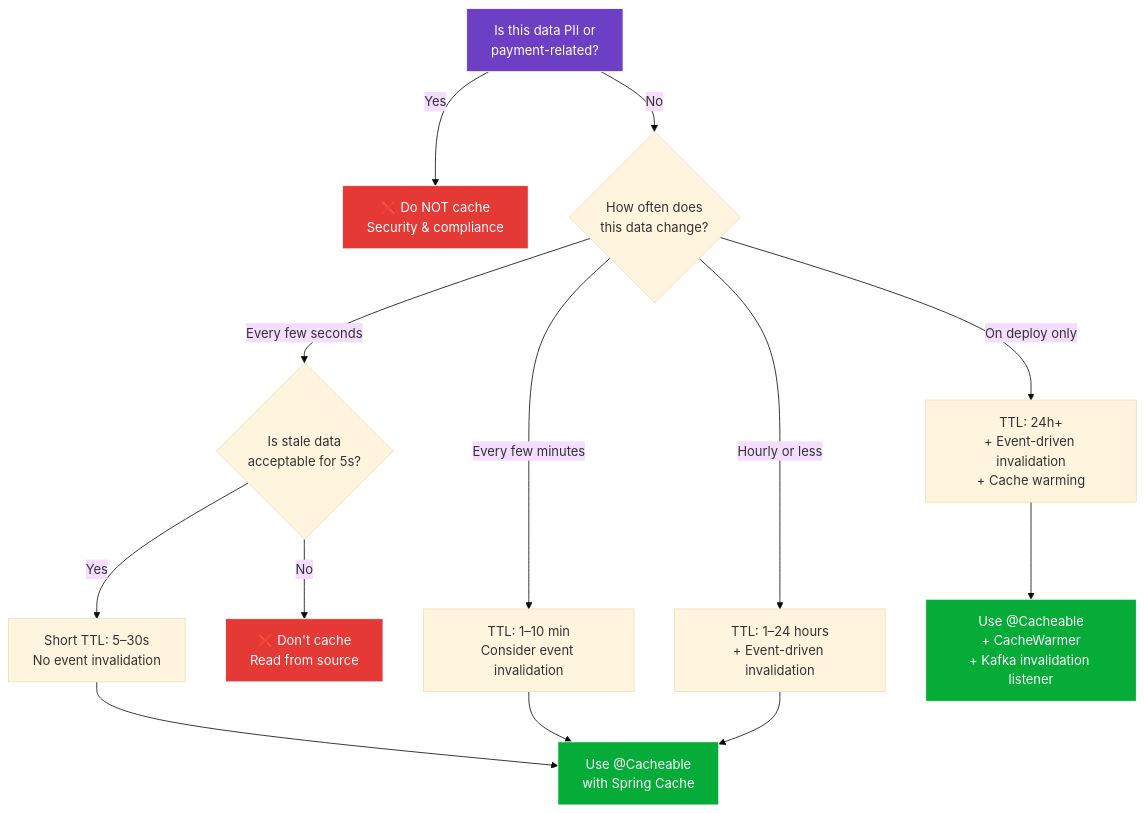
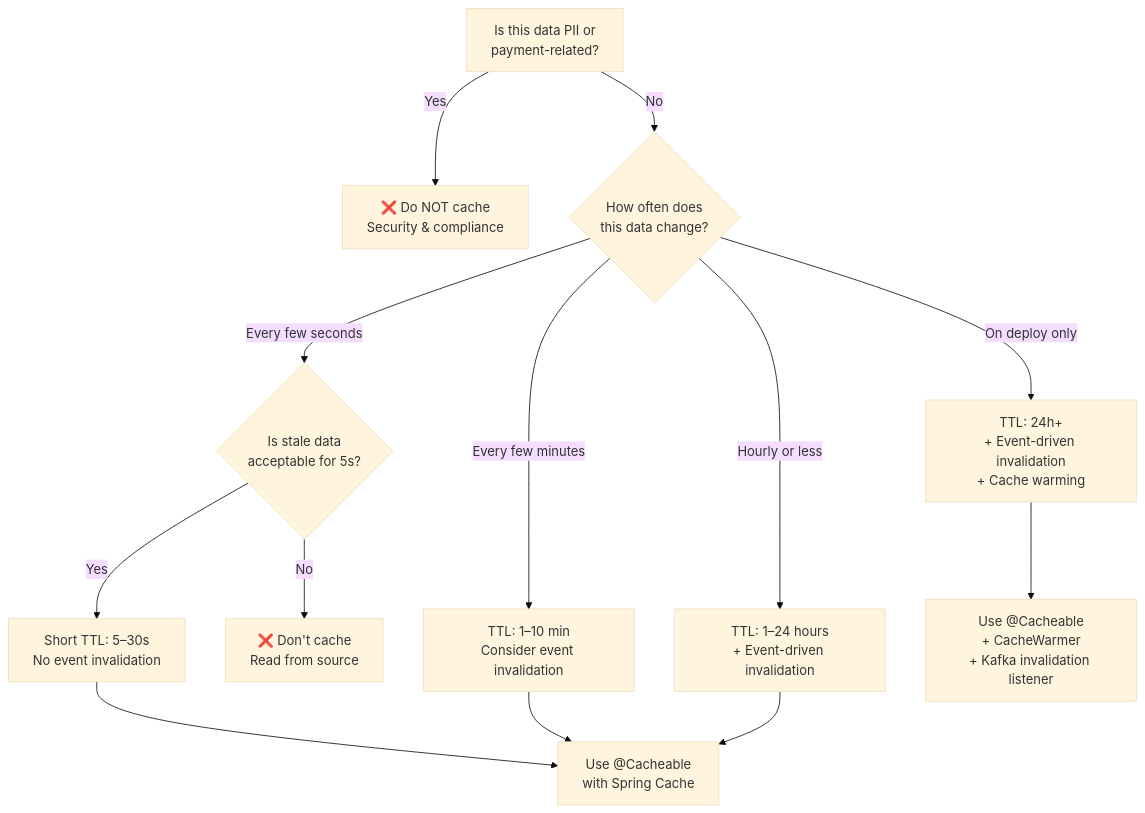
The fourth of 4 diagrams in 06-developer-guides/08-cache-patterns.md (rishikeshdhokare/platform-manifesto), drawn with Mermaid (base theme) before and after one commit. The commit also changed other lines of this file and 14 other files, not shown here.

First line of the commit message:
fix: remove mermaid style directives (119 lines across 15 files)

````diff
--- a/06-developer-guides/08-cache-patterns.md
+++ b/06-developer-guides/08-cache-patterns.md
@@ -493,26 +487,21 @@
 ```mermaid
 flowchart TD
     A[Is this data PII or\npayment-related?] -->|Yes| B[❌ Do NOT cache\nSecurity & compliance]
     A -->|No| C{How often does\nthis data change?}
 
     C -->|Every few seconds| D{Is stale data\nacceptable for 5s?}
     D -->|Yes| E[Short TTL: 5–30s\nNo event invalidation]
     D -->|No| F[❌ Don't cache\nRead from source]
 
     C -->|Every few minutes| G[TTL: 1–10 min\nConsider event invalidation]
 
     C -->|Hourly or less| H[TTL: 1–24 hours\n+ Event-driven invalidation]
 
     C -->|On deploy only| I[TTL: 24h+\n+ Event-driven invalidation\n+ Cache warming]
 
     E --> J[Use @Cacheable\nwith Spring Cache]
     G --> J
     H --> J
     I --> K[Use @Cacheable\n+ CacheWarmer\n+ Kafka invalidation listener]
 
-    style A fill:#6C3FC5,stroke:#fff,color:#fff
-    style B fill:#E53935,stroke:#fff,color:#fff
-    style F fill:#E53935,stroke:#fff,color:#fff
-    style J fill:#06AC38,stroke:#fff,color:#fff
-    style K fill:#06AC38,stroke:#fff,color:#fff
 ```
````
